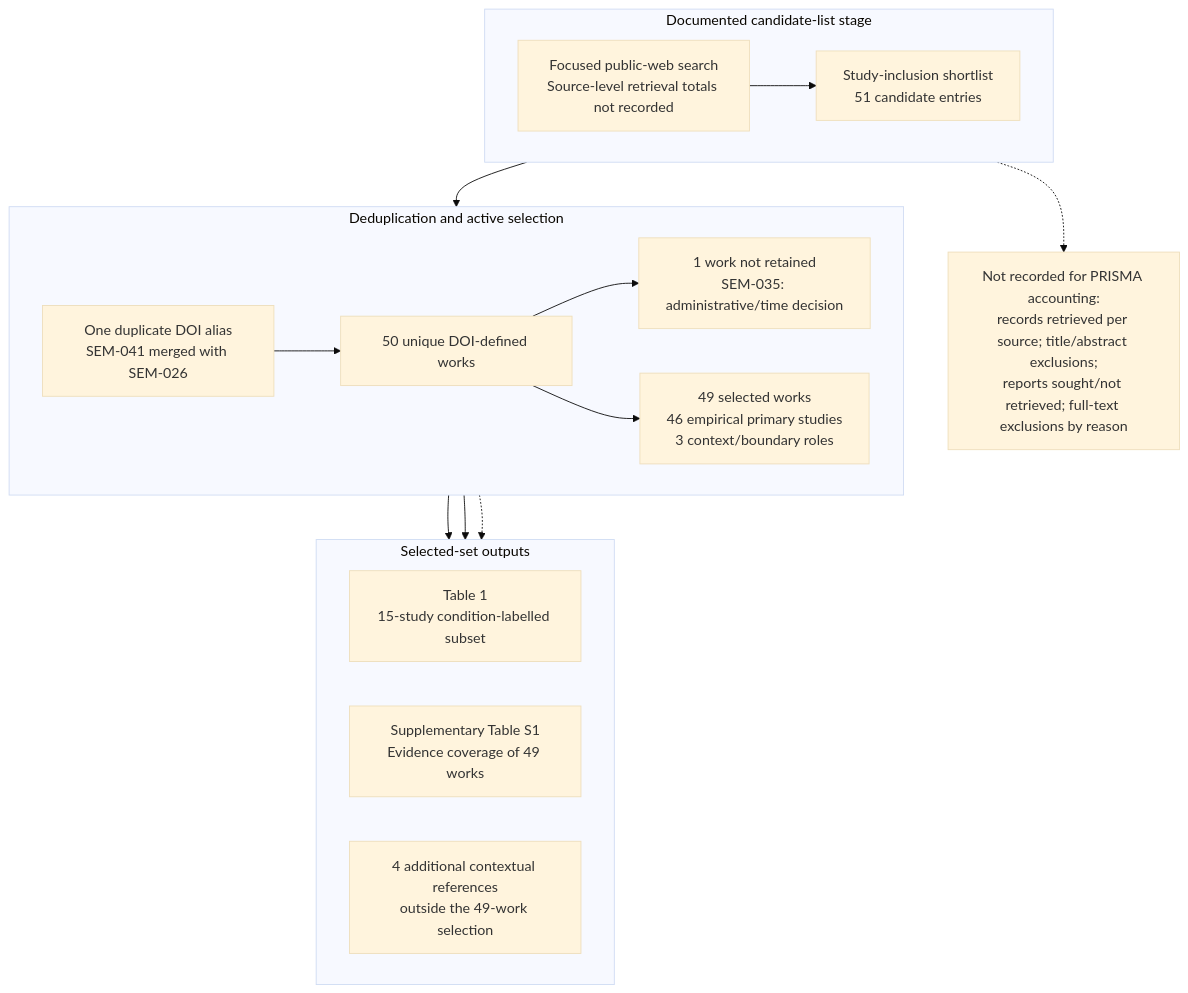
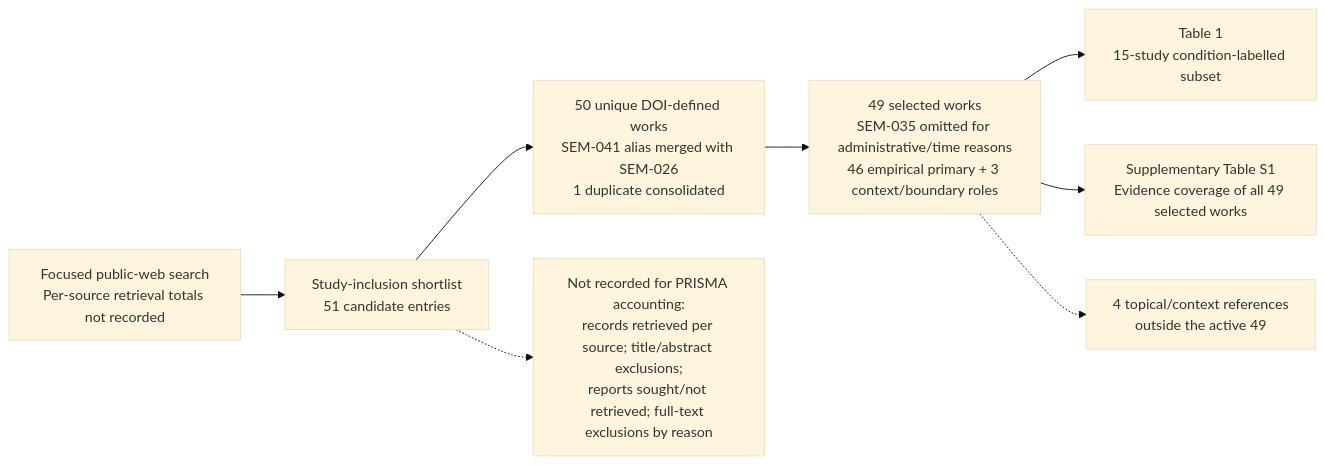
Before and after one commit to zaidkhan005/reviewAdsorbants: the second of 5 diagrams in manuscript/SEMESTER_MANUSCRIPT_ASSEMBLED_SOURCE_V2.md, drawn with Mermaid (base theme). The commit also changed other lines of this file, not shown here.

Commit message:
Use compact left-to-right layout for PRISMA-informed selection flow

````diff
--- a/manuscript/SEMESTER_MANUSCRIPT_ASSEMBLED_SOURCE_V2.md
+++ b/manuscript/SEMESTER_MANUSCRIPT_ASSEMBLED_SOURCE_V2.md
@@ -140,25 +140,10 @@
 ```mermaid
-flowchart TB
-    subgraph Identification["Documented candidate-list stage"]
-        direction LR
-        A["Focused public-web search<br/>Source-level retrieval totals not recorded"] --> B["Study-inclusion shortlist<br/>51 candidate entries"]
-    end
-    subgraph Selection["Deduplication and active selection"]
-        direction LR
-        C["One duplicate DOI alias<br/>SEM-041 merged with SEM-026"] --> D["50 unique DOI-defined works"]
-        D --> E["1 work not retained<br/>SEM-035: administrative/time decision"]
-        D --> F["49 selected works<br/>46 empirical primary studies<br/>3 context/boundary roles"]
-    end
-    subgraph Outputs["Selected-set outputs"]
-        direction LR
-        G["Table 1<br/>15-study condition-labelled subset"]
-        H["Supplementary Table S1<br/>Evidence coverage of 49 works"]
-        I["4 additional contextual references<br/>outside the 49-work selection"]
-    end
-    B --> C
-    F --> G
-    F --> H
-    F -.-> I
-    J["Not recorded for PRISMA accounting:<br/>records retrieved per source; title/abstract exclusions;<br/>reports sought/not retrieved; full-text exclusions by reason"]
-    B -.-> J
+flowchart LR
+    A["Focused public-web search<br/>Per-source retrieval totals not recorded"] --> B["Study-inclusion shortlist<br/>51 candidate entries"]
+    B --> C["50 unique DOI-defined works<br/>SEM-041 alias merged with SEM-026<br/>1 duplicate consolidated"]
+    C --> D["49 selected works<br/>SEM-035 omitted for administrative/time reasons<br/>46 empirical primary + 3 context/boundary roles"]
+    D --> E["Table 1<br/>15-study condition-labelled subset"]
+    D --> F["Supplementary Table S1<br/>Evidence coverage of all 49 selected works"]
+    D -.-> G["4 topical/context references<br/>outside the active 49"]
+    B -.-> H["Not recorded for PRISMA accounting:<br/>records retrieved per source; title/abstract exclusions;<br/>reports sought/not retrieved; full-text exclusions by reason"]
 ```
````
